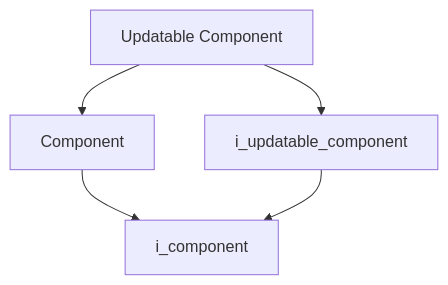
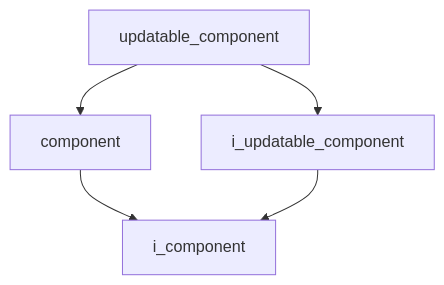
Before and after one commit to kasper-szczerba/autonomous_control_system_wiki: the first of 2 diagrams in docs/codebase/namespaces/core/implementation/updatable_component.md, drawn with Mermaid. The commit also changed other lines of this file and 41 other files, not shown here.

````diff
--- a/docs/codebase/namespaces/core/implementation/updatable_component.md
+++ b/docs/codebase/namespaces/core/implementation/updatable_component.md
@@ -15,8 +15,8 @@
 ```mermaid
 graph TD
-    updatable_component["Updatable Component"]
-    component["Component"] --> i_component["i_component"]
+    updatable_component["updatable_component"]
+    component["component"] --> i_component["i_component"]
     i_updatable_component["i_updatable_component"] --> i_component["i_component"]
-    updatable_component["Updatable Component"] --> component["Component"]
-    updatable_component["Updatable Component"] --> i_updatable_component["i_updatable_component"]
+    updatable_component["updatable_component"] --> component["component"]
+    updatable_component["updatable_component"] --> i_updatable_component["i_updatable_component"]
 ```
````
